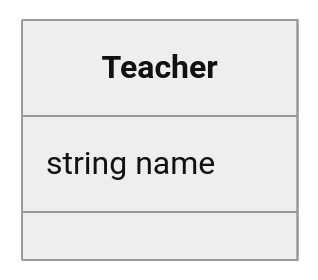
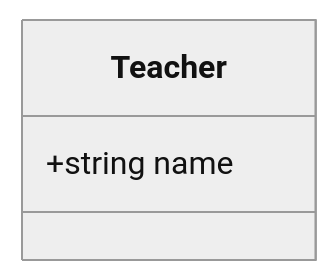
Before and after one commit to cezarcruz/gymfront: the diagram in README.md, drawn with Mermaid (neutral theme).

````diff
--- a/README.md
+++ b/README.md
@@ -1,4 +1,6 @@
 ```mermaid
 classDiagram
-Teacher : string name
+    class Teacher {
+        +string name
+    }
 ```
````
